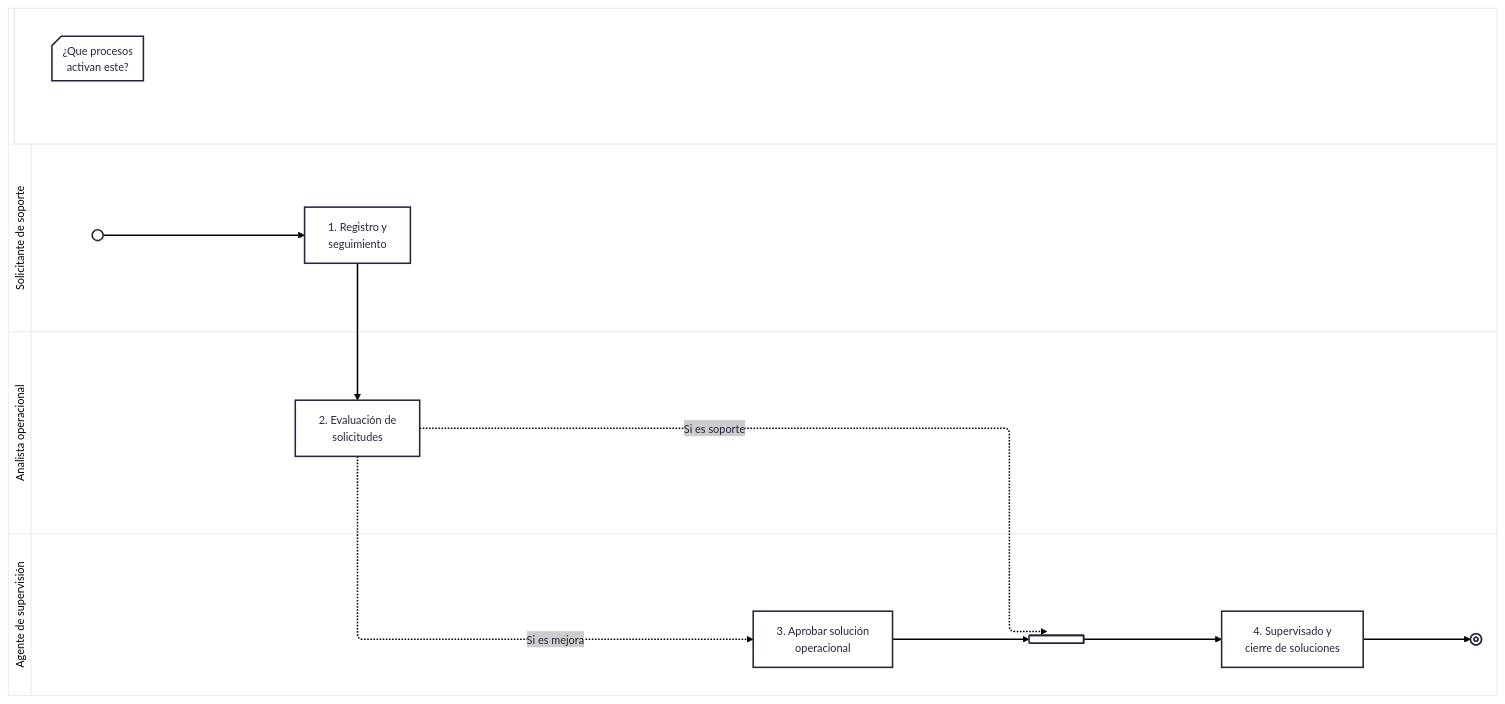
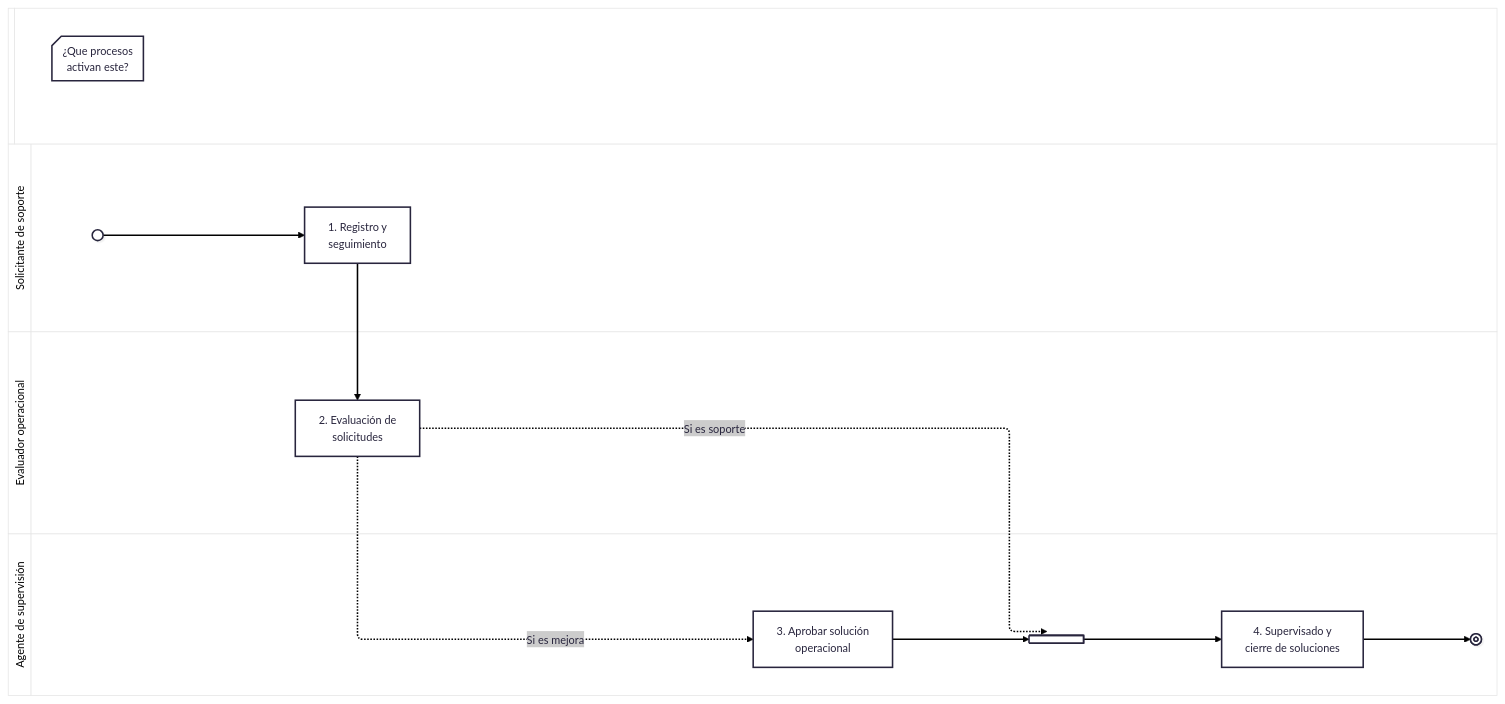
Before and after one commit to the-alive-lab/vslices: the diagram in products/docs-standard/diagramas/work-coordination-diagram.md, drawn with Mermaid.

Commit message:
docs(tickets): rename evaluating profile to Evaluador operacional

````diff
--- a/products/docs-standard/diagramas/work-coordination-diagram.md
+++ b/products/docs-standard/diagramas/work-coordination-diagram.md
@@ -80,29 +80,29 @@
 ```mermaid
 ---
 config:
   theme: redux-color
 ---
 swimlane-beta LR
     dudaInicio@{ shape: notch-rect, label: "¿Que procesos<br/>activan este?" }
 
     subgraph solicitante ["Solicitante de soporte"]
         inicio@{ shape: sm-circ }
         registrar["1. Registro y<br/>seguimiento"]
     end
 
-    subgraph analista ["Analista operacional"]
+    subgraph analista ["Evaluador operacional"]
         evaluar["2. Evaluación de<br/>solicitudes"]
     end
 
     subgraph agente ["Agente de supervisión"]
         aprobar["3. Aprobar solución<br/>operacional"]
         sync@{ shape: fork }
         supervisar["4. Supervisado y<br/>cierre de soluciones"]
         fin@{ shape: framed-circle }
     end
 
     dudaInicio ~~~ inicio --> registrar --> evaluar
     evaluar -.->|"Si es soporte"| sync
     evaluar -.->|"Si es mejora"| aprobar
     aprobar --> sync --> supervisar --> fin
 ```
````
